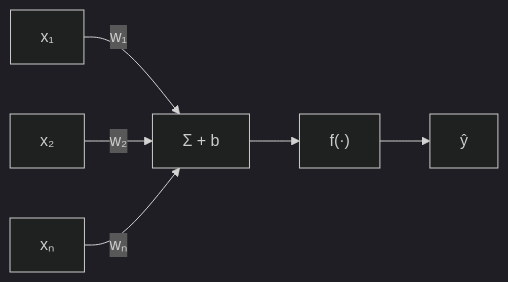
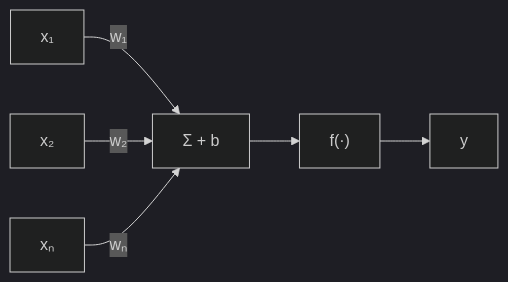
The first of 2 diagrams in posts/2026-03-03-from-neurons-to-transformers.md (mrcloudchase/mrcloudchase-blog), drawn with Mermaid (dark theme) before and after one commit. The commit also changed other lines of this file, not shown here.

Commit message:
Move perceptron Mermaid diagram to McCulloch-Pitts section
The neuron architecture diagram belongs with the 1943 section
since McCulloch-Pitts defined the model. Perceptron section now
focuses on Rosenblatt's learning rule contribution.

````diff
--- a/posts/2026-03-03-from-neurons-to-transformers.md
+++ b/posts/2026-03-03-from-neurons-to-transformers.md
@@ -50,8 +33,8 @@
 ```mermaid
 graph LR
     x1["x₁"] -->|"w₁"| S["Σ + b"]
     x2["x₂"] -->|"w₂"| S
     xn["xₙ"] -->|"wₙ"| S
     S --> F["f(·)"]
-    F --> Y["ŷ"]
+    F --> Y["y"]
 ```
````
